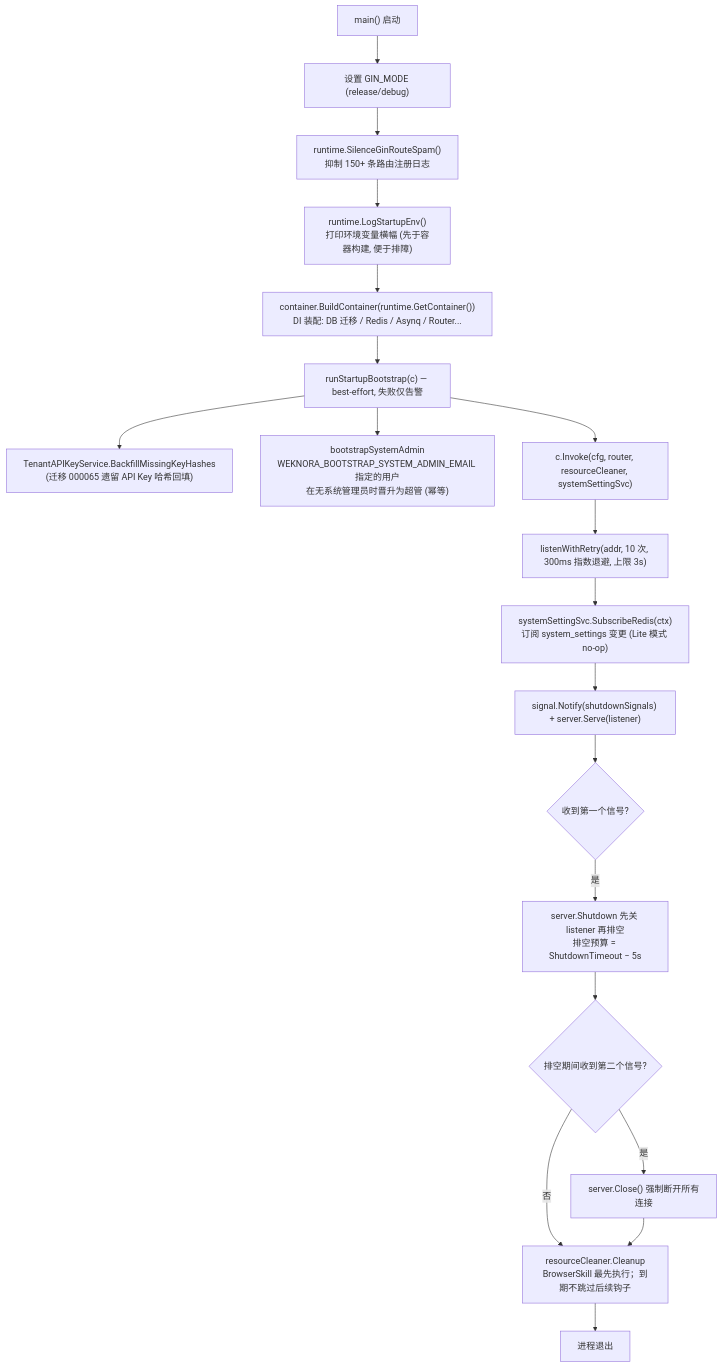
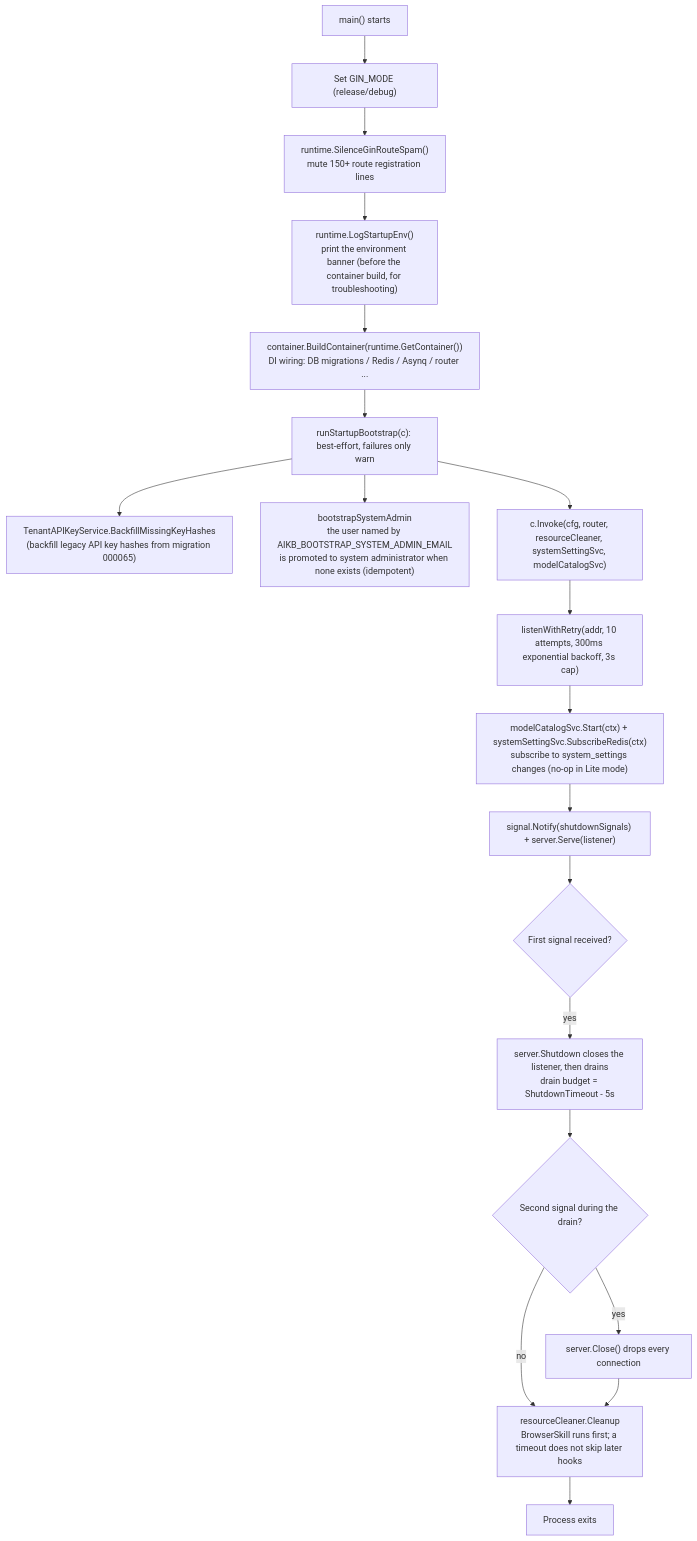
One commit to jrmatherly/ai-kb changed the second of 3 diagrams in website-docs/02-architecture/02-backend-design.md. Above: the diagram before and after it, drawn with Mermaid. The commit also changed other lines of this file and 7 other files, not shown here.

First line of the commit message:
docs(architecture): translate to English, rebrand to AI KB, verify against code

````diff
--- a/website-docs/02-architecture/02-backend-design.md
+++ b/website-docs/02-architecture/02-backend-design.md
@@ -108,21 +108,21 @@
 ```mermaid
 flowchart TD
-    A["main() 启动"] --> B["设置 GIN_MODE (release/debug)"]
-    B --> C["runtime.SilenceGinRouteSpam()<br/>抑制 150+ 条路由注册日志"]
-    C --> D["runtime.LogStartupEnv()<br/>打印环境变量横幅 (先于容器构建, 便于排障)"]
-    D --> E["container.BuildContainer(runtime.GetContainer())<br/>DI 装配: DB 迁移 / Redis / Asynq / Router..."]
-    E --> F["runStartupBootstrap(c) — best-effort, 失败仅告警"]
-    F --> F1["TenantAPIKeyService.BackfillMissingKeyHashes<br/>(迁移 000065 遗留 API Key 哈希回填)"]
-    F --> F2["bootstrapSystemAdmin<br/>WEKNORA_BOOTSTRAP_SYSTEM_ADMIN_EMAIL 指定的用户<br/>在无系统管理员时晋升为超管 (幂等)"]
-    F --> G["c.Invoke(cfg, router, resourceCleaner, systemSettingSvc)"]
-    G --> H["listenWithRetry(addr, 10 次, 300ms 指数退避, 上限 3s)"]
-    H --> I["systemSettingSvc.SubscribeRedis(ctx)<br/>订阅 system_settings 变更 (Lite 模式 no-op)"]
+    A["main() starts"] --> B["Set GIN_MODE (release/debug)"]
+    B --> C["runtime.SilenceGinRouteSpam()<br/>mute 150+ route registration lines"]
+    C --> D["runtime.LogStartupEnv()<br/>print the environment banner (before the container build, for troubleshooting)"]
+    D --> E["container.BuildContainer(runtime.GetContainer())<br/>DI wiring: DB migrations / Redis / Asynq / router ..."]
+    E --> F["runStartupBootstrap(c): best-effort, failures only warn"]
+    F --> F1["TenantAPIKeyService.BackfillMissingKeyHashes<br/>(backfill legacy API key hashes from migration 000065)"]
+    F --> F2["bootstrapSystemAdmin<br/>the user named by AIKB_BOOTSTRAP_SYSTEM_ADMIN_EMAIL<br/>is promoted to system administrator when none exists (idempotent)"]
+    F --> G["c.Invoke(cfg, router, resourceCleaner, systemSettingSvc, modelCatalogSvc)"]
+    G --> H["listenWithRetry(addr, 10 attempts, 300ms exponential backoff, 3s cap)"]
+    H --> I["modelCatalogSvc.Start(ctx) + systemSettingSvc.SubscribeRedis(ctx)<br/>subscribe to system_settings changes (no-op in Lite mode)"]
     I --> J["signal.Notify(shutdownSignals) + server.Serve(listener)"]
-    J --> K{"收到第一个信号?"}
-    K -->|是| L["server.Shutdown 先关 listener 再排空<br/>排空预算 = ShutdownTimeout − 5s"]
-    L --> M{"排空期间收到第二个信号?"}
-    M -->|是| N["server.Close() 强制断开所有连接"]
-    M -->|否| O["resourceCleaner.Cleanup<br/>BrowserSkill 最先执行；到期不跳过后续钩子"]
+    J --> K{"First signal received?"}
+    K -->|yes| L["server.Shutdown closes the listener, then drains<br/>drain budget = ShutdownTimeout - 5s"]
+    L --> M{"Second signal during the drain?"}
+    M -->|yes| N["server.Close() drops every connection"]
+    M -->|no| O["resourceCleaner.Cleanup<br/>BrowserSkill runs first; a timeout does not skip later hooks"]
     N --> O
-    O --> P["进程退出"]
+    O --> P["Process exits"]
 ```
````
